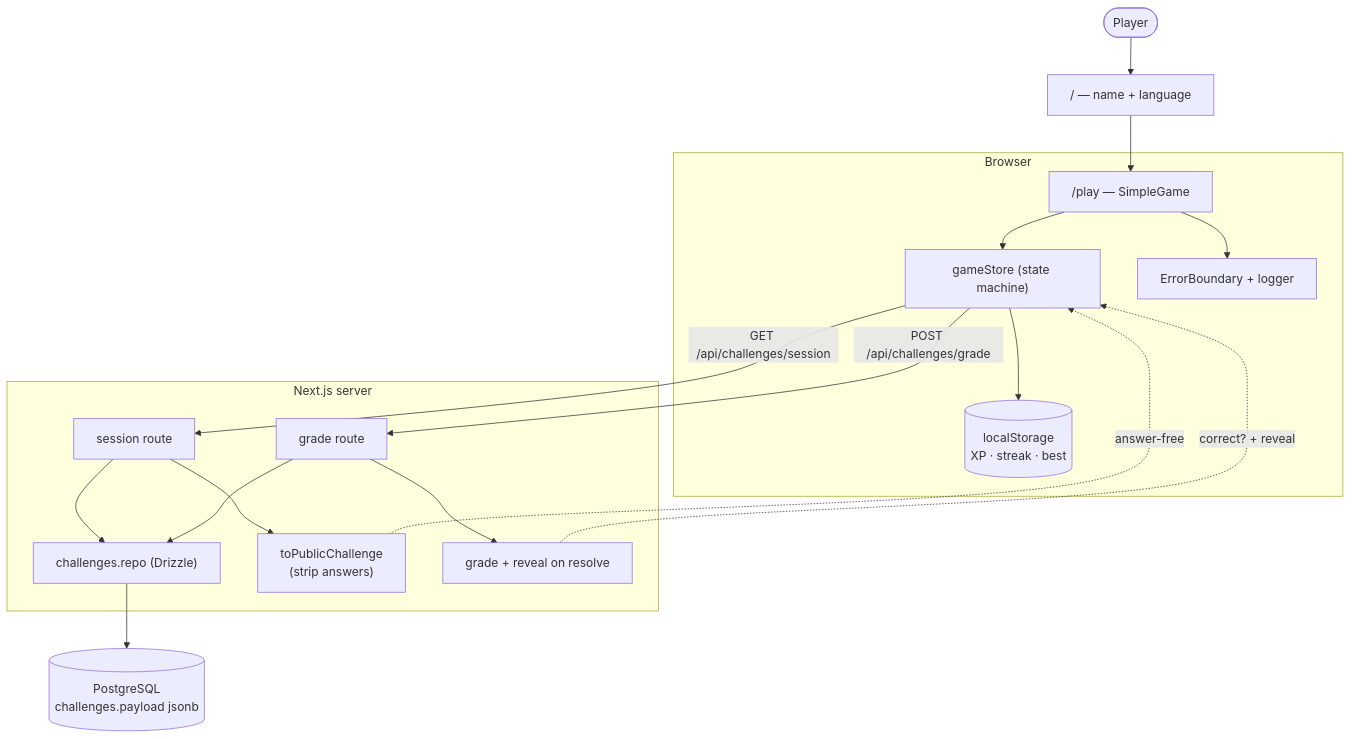
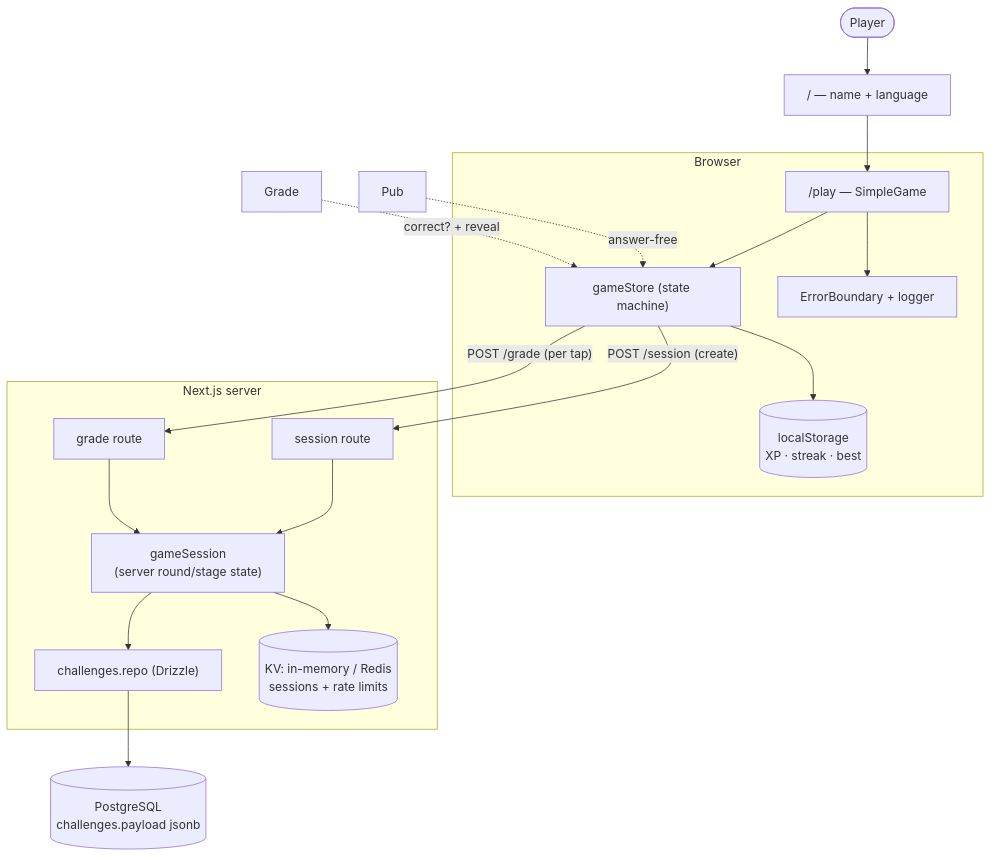
The second of 3 diagrams in README.md (TestZucky/bug_hunter), drawn with Mermaid before and after one commit. The commit also changed other lines of this file and 18 other files, not shown here.

First line of the commit message:
feat(abuse): server session anti-cheat + Redis-backed rate limiting

````diff
--- a/README.md
+++ b/README.md
@@ -84,26 +84,26 @@
 ```mermaid
 flowchart TD
     Player([Player]) --> Start["/ — name + language"]
     Start --> Play["/play — SimpleGame"]
 
     subgraph client [Browser]
         Play --> Store["gameStore (state machine)"]
         Store --> Persist[("localStorage<br/>XP · streak · best")]
         Play --> Boundary["ErrorBoundary + logger"]
     end
 
-    Store -- "GET /api/challenges/session" --> ApiS["session route"]
-    Store -- "POST /api/challenges/grade" --> ApiG["grade route"]
+    Store -- "POST /session (create)" --> ApiS["session route"]
+    Store -- "POST /grade (per tap)" --> ApiG["grade route"]
 
     subgraph server [Next.js server]
-        ApiS --> Repo["challenges.repo (Drizzle)"]
-        ApiG --> Repo
-        ApiS --> Pub["toPublicChallenge<br/>(strip answers)"]
-        ApiG --> Grade["grade + reveal on resolve"]
+        ApiS --> Sess["gameSession<br/>(server round/stage state)"]
+        ApiG --> Sess
+        Sess --> Repo["challenges.repo (Drizzle)"]
+        Sess --> KV[("KV: in-memory / Redis<br/>sessions + rate limits")]
     end
 
     Repo --> DB[(PostgreSQL<br/>challenges.payload jsonb)]
 
     Pub -. "answer-free" .-> Store
     Grade -. "correct? + reveal" .-> Store
 ```
````
